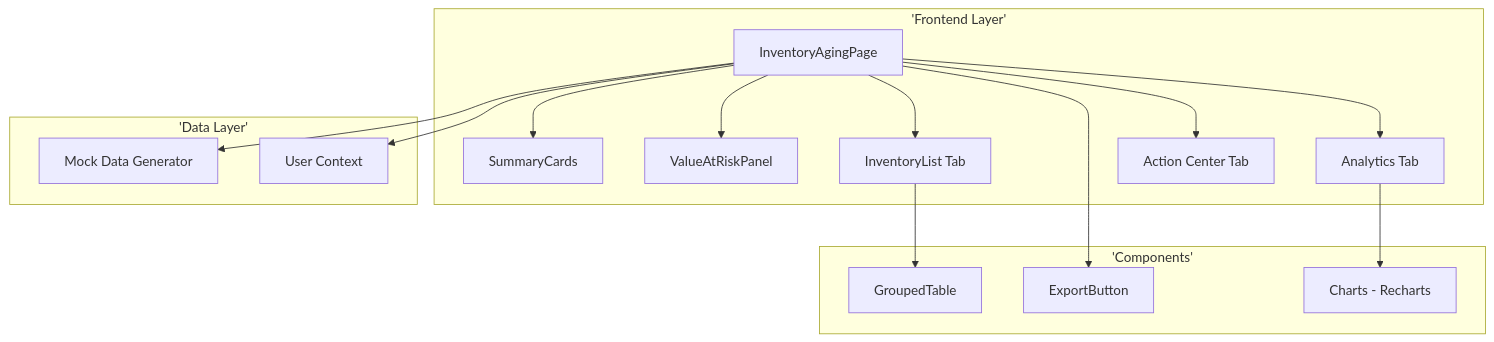
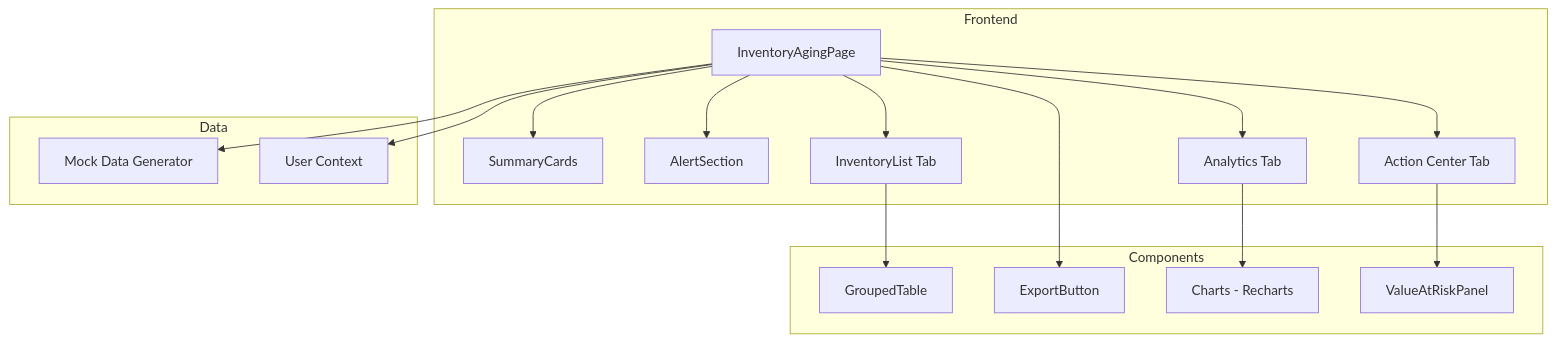
Before and after one commit to PeakMNA/carmen: the first of 3 diagrams in docs/app/inventory-management/stock-overview/inventory-aging/TS-inventory-aging.md, drawn with Mermaid. The commit also changed other lines of this file and 473 other files, not shown here.

````diff
--- a/docs/app/inventory-management/stock-overview/inventory-aging/TS-inventory-aging.md
+++ b/docs/app/inventory-management/stock-overview/inventory-aging/TS-inventory-aging.md
@@ -15,27 +22,29 @@
 ```mermaid
 graph TB
-    subgraph 'Frontend Layer'
+    subgraph Frontend
         A[InventoryAgingPage] --> B[SummaryCards]
-        A --> C[ValueAtRiskPanel]
+        A --> C[AlertSection]
         A --> D[InventoryList Tab]
         A --> E[Analytics Tab]
         A --> F[Action Center Tab]
     end
 
-    subgraph 'Components'
+    subgraph Components
         G[GroupedTable]
         H[ExportButton]
         I[Charts - Recharts]
+        J[ValueAtRiskPanel]
     end
 
-    subgraph 'Data Layer'
-        J[Mock Data Generator]
-        K[User Context]
+    subgraph Data
+        K[Mock Data Generator]
+        L[User Context]
     end
 
     D --> G
     A --> H
     E --> I
-    A --> J
+    F --> J
     A --> K
+    A --> L
 ```
````
